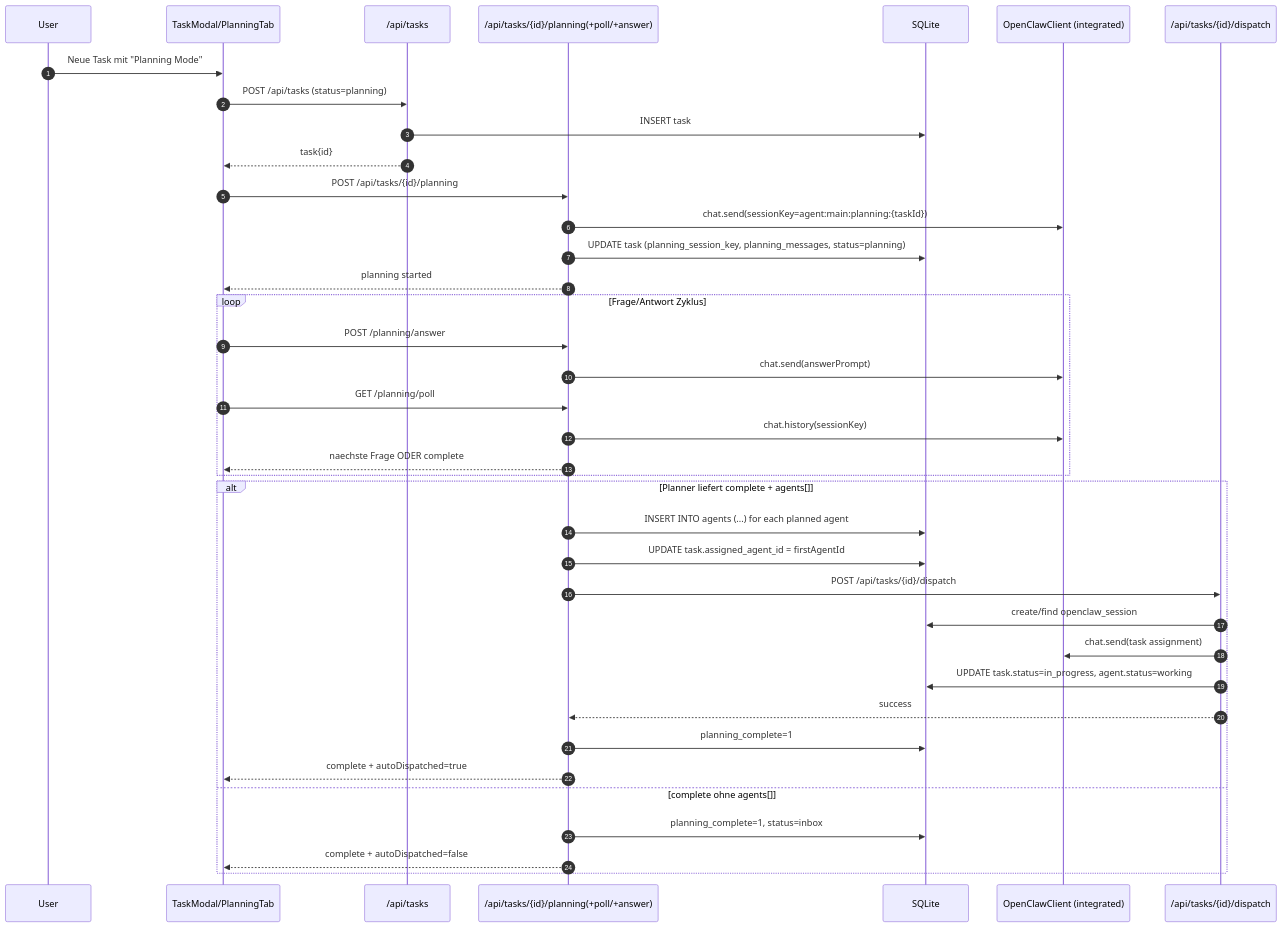
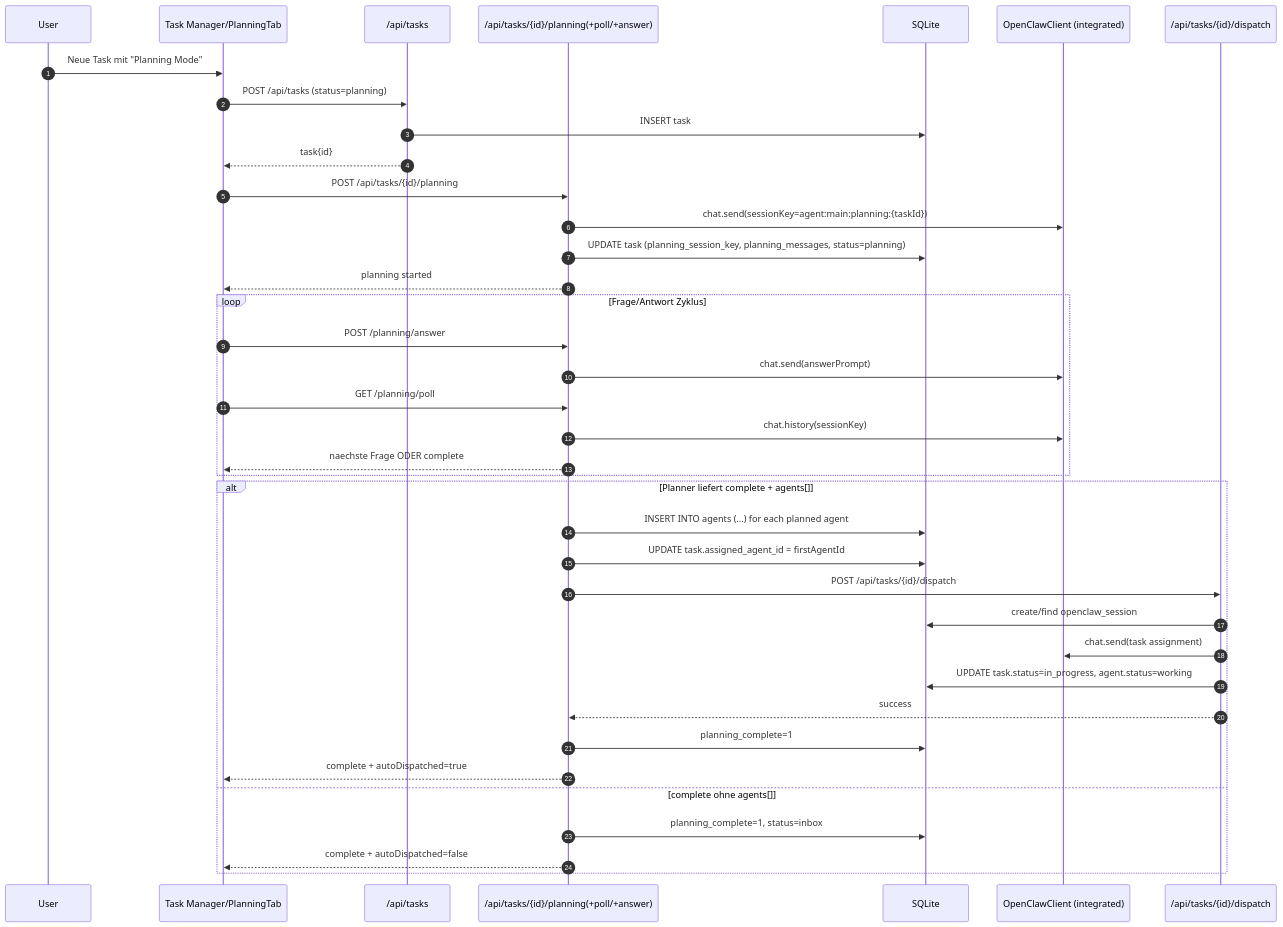
Before and after one commit to meco40/openworker: the first of 2 diagrams in docs/mission-control-agent-spawn-sequence.md, drawn with Mermaid. The commit also changed 48 other files, not shown here.

````diff
--- a/docs/mission-control-agent-spawn-sequence.md
+++ b/docs/mission-control-agent-spawn-sequence.md
@@ -5,44 +5,44 @@
 ```mermaid
 sequenceDiagram
     autonumber
     participant User
-    participant UI as TaskModal/PlanningTab
+    participant UI as Task Manager/PlanningTab
     participant TasksAPI as /api/tasks
     participant PlanningAPI as /api/tasks/{id}/planning(+poll/+answer)
     participant DB as SQLite
     participant Runtime as OpenClawClient (integrated)
     participant DispatchAPI as /api/tasks/{id}/dispatch
 
     User->>UI: Neue Task mit "Planning Mode"
     UI->>TasksAPI: POST /api/tasks (status=planning)
     TasksAPI->>DB: INSERT task
     TasksAPI-->>UI: task{id}
 
     UI->>PlanningAPI: POST /api/tasks/{id}/planning
     PlanningAPI->>Runtime: chat.send(sessionKey=agent:main:planning:{taskId})
     PlanningAPI->>DB: UPDATE task (planning_session_key, planning_messages, status=planning)
     PlanningAPI-->>UI: planning started
 
     loop Frage/Antwort Zyklus
         UI->>PlanningAPI: POST /planning/answer
         PlanningAPI->>Runtime: chat.send(answerPrompt)
         UI->>PlanningAPI: GET /planning/poll
         PlanningAPI->>Runtime: chat.history(sessionKey)
         PlanningAPI-->>UI: naechste Frage ODER complete
     end
 
     alt Planner liefert complete + agents[]
         PlanningAPI->>DB: INSERT INTO agents (...) for each planned agent
         PlanningAPI->>DB: UPDATE task.assigned_agent_id = firstAgentId
         PlanningAPI->>DispatchAPI: POST /api/tasks/{id}/dispatch
         DispatchAPI->>DB: create/find openclaw_session
         DispatchAPI->>Runtime: chat.send(task assignment)
         DispatchAPI->>DB: UPDATE task.status=in_progress, agent.status=working
         DispatchAPI-->>PlanningAPI: success
         PlanningAPI->>DB: planning_complete=1
         PlanningAPI-->>UI: complete + autoDispatched=true
     else complete ohne agents[]
         PlanningAPI->>DB: planning_complete=1, status=inbox
         PlanningAPI-->>UI: complete + autoDispatched=false
     end
 ```
````
